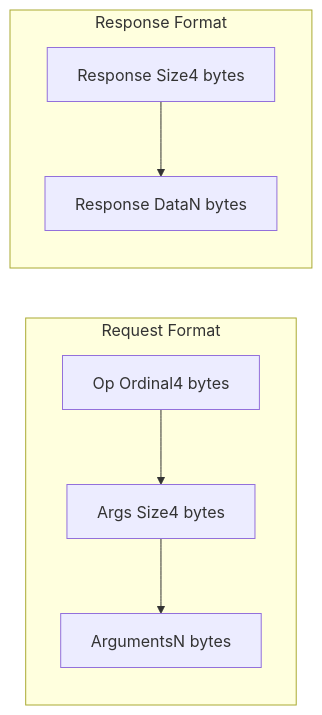
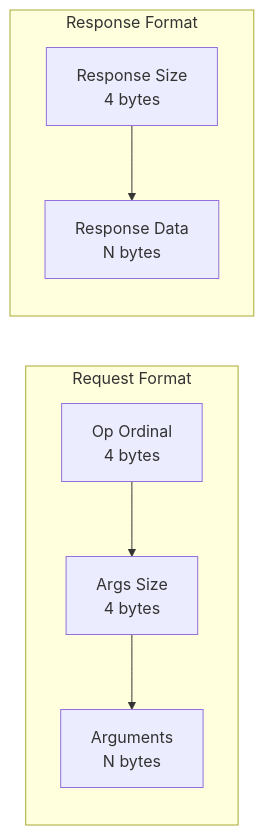
One commit to gchape/mudis changed the third of 3 diagrams in README.md. Above: the diagram before and after it, drawn with Mermaid. The commit also changed other lines of this file, not shown here.

First line of the commit message:
docs: update README for Flow API and subscriber-based data structures

````diff
--- a/README.md
+++ b/README.md
@@ -83,11 +94,11 @@
 ```mermaid
 graph LR
     subgraph "Request Format"
-        OP[Op Ordinal4 bytes] --> SIZE[Args Size4 bytes]
-        SIZE --> ARGS[ArgumentsN bytes]
+        OP[Op Ordinal<br/>4 bytes] --> SIZE[Args Size<br/>4 bytes]
+        SIZE --> ARGS[Arguments<br/>N bytes]
     end
     
     subgraph "Response Format"
-        RSIZE[Response Size4 bytes] --> RDATA[Response DataN bytes]
+        RSIZE[Response Size<br/>4 bytes] --> RDATA[Response Data<br/>N bytes]
     end
 ```
````
